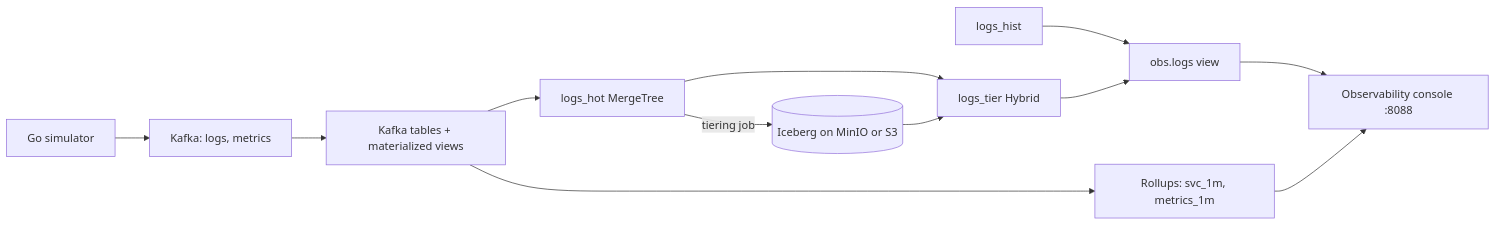
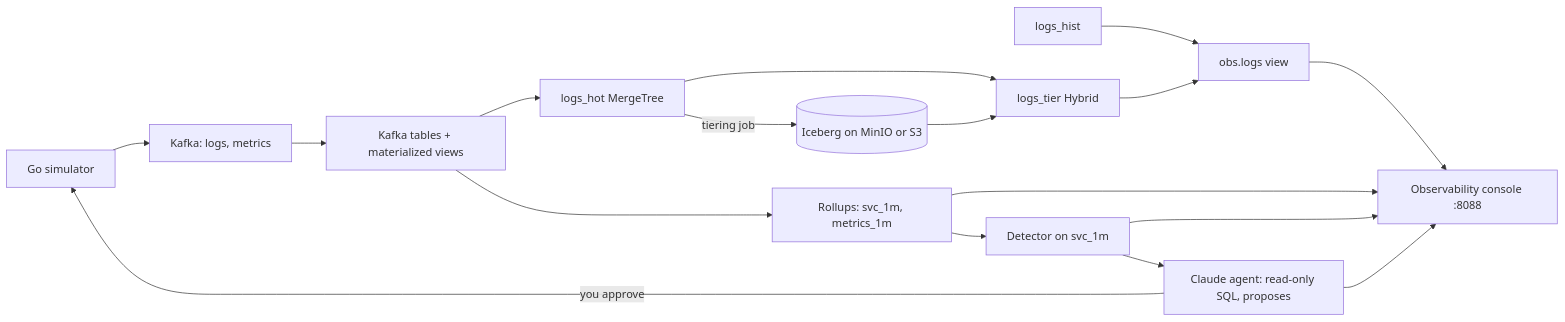
One commit to francksidi-edb/observability-demo changed the diagram in README.md. Above: the diagram before and after it, drawn with Mermaid. The commit also changed other lines of this file, not shown here.

First line of the commit message:
README: document the Alerts / Agent tab

````diff
--- a/README.md
+++ b/README.md
@@ -15,14 +15,19 @@
 ```mermaid
 flowchart LR
   sim[Go simulator] --> kafka[Kafka: logs, metrics]
   kafka --> mv[Kafka tables + materialized views]
   mv --> hot[logs_hot MergeTree]
   mv --> roll[Rollups: svc_1m, metrics_1m]
   hot -- tiering job --> cold[(Iceberg on MinIO or S3)]
   hist[logs_hist] --> view[obs.logs view]
   tier[logs_tier Hybrid] --> view
   hot --> tier
   cold --> tier
   view --> app[Observability console :8088]
   roll --> app
+  roll --> det[Detector on svc_1m]
+  det --> agent[Claude agent: read-only SQL, proposes]
+  agent -- you approve --> sim
+  det --> app
+  agent --> app
 ```
````
